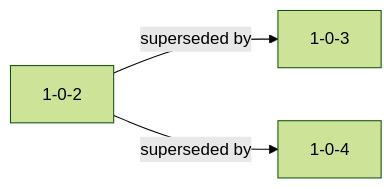
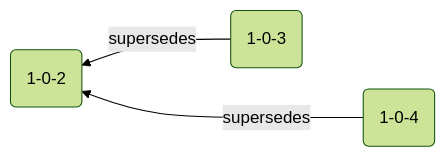
The eighth of 11 diagrams in docs/understanding-tracking-design/versioning-your-data-structures/amending/index.md (snowplow/documentation), drawn with Mermaid (forest theme) before and after one commit. The commit also changed other lines of this file, not shown here.

````diff
--- a/docs/understanding-tracking-design/versioning-your-data-structures/amending/index.md
+++ b/docs/understanding-tracking-design/versioning-your-data-structures/amending/index.md
@@ -287,5 +313,5 @@
 ```mermaid
-flowchart LR
-  v102["1-0-2"] -- "superseded by" --> v103["1-0-3"]
-  v102["1-0-2"] -- "superseded by" --> v104["1-0-4"]
+flowchart RL
+  v103("1-0-3") -->|supersedes| v102("1-0-2")
+  v104("1-0-4") --->|supersedes| v102
 ```
````
